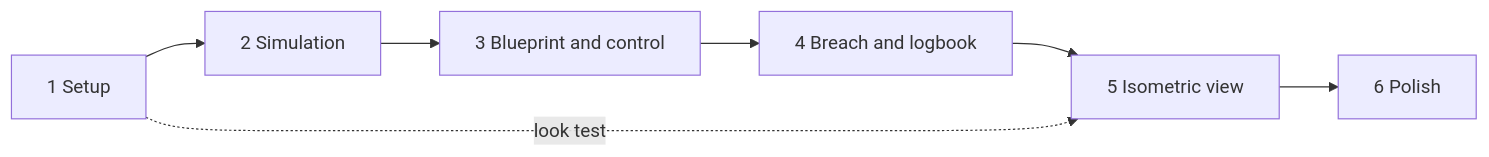
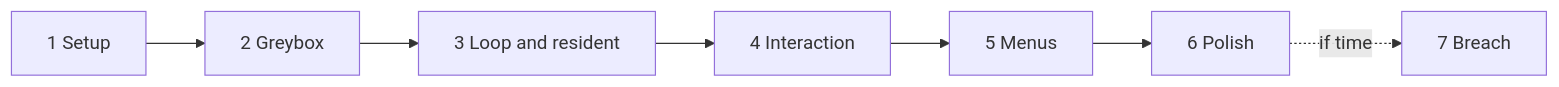
One commit to Adise0/Hey-Velora changed the diagram in Docs/VerticalSlice_ActionPlan.md. Above: the diagram before and after it, drawn with Mermaid. The commit also changed other lines of this file and 2 other files, not shown here.

````diff
--- a/Docs/VerticalSlice_ActionPlan.md
+++ b/Docs/VerticalSlice_ActionPlan.md
@@ -163,9 +112,9 @@
 ```mermaid
 flowchart LR
-    S1[1 Setup] --> S2[2 Simulation]
-    S2 --> S3[3 Blueprint and control]
-    S3 --> S4[4 Breach and logbook]
-    S4 --> S5[5 Isometric view]
+    S1[1 Setup] --> S2[2 Greybox]
+    S2 --> S3[3 Loop and resident]
+    S3 --> S4[4 Interaction]
+    S4 --> S5[5 Menus]
     S5 --> S6[6 Polish]
-    S1 -. look test .-> S5
+    S6 -. if time .-> S7[7 Breach]
 ```
````
